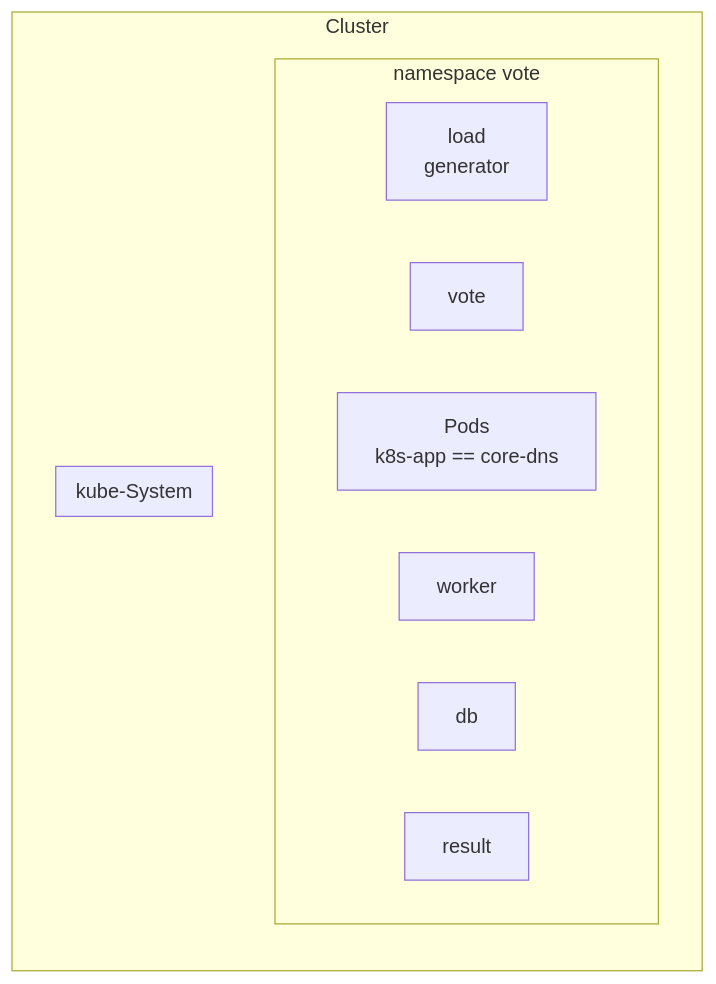
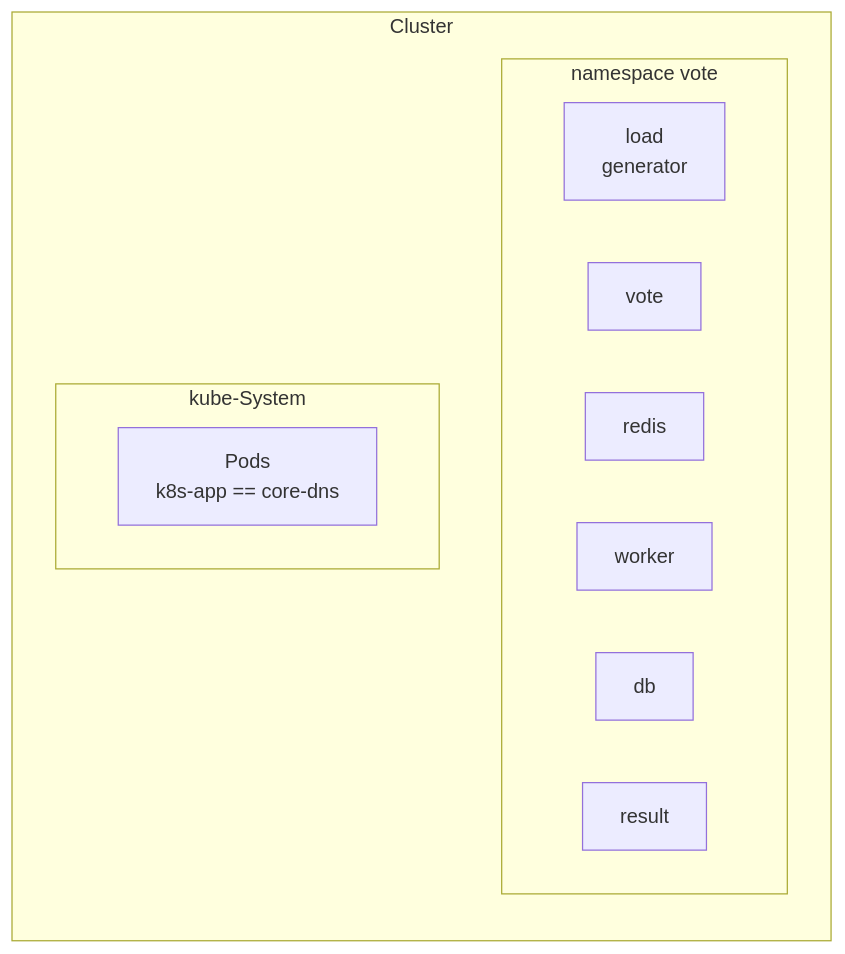
The second of 2 diagrams in README.md (regisftm/owasp-toronto), drawn with Mermaid before and after one commit.

````diff
--- a/README.md
+++ b/README.md
@@ -75,16 +75,16 @@
 ```mermaid
 flowchart LR
 subgraph Cluster
     subgraph namespace vote
         A[load\n generator]
         B[vote]
         C[redis]
         D[worker]
         E[db]
         F[result]
     end
     subgraph kube-System
-        C[Pods\nk8s-app == core-dns ]
+        G[Pods\nk8s-app == core-dns ]
     end
 end
 ```
````
